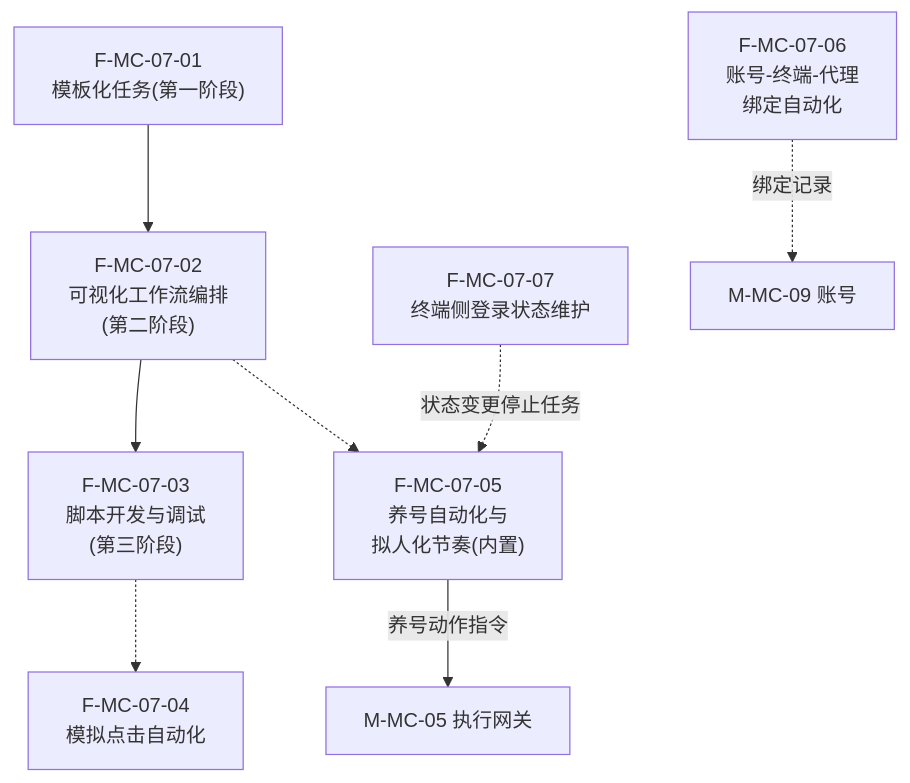
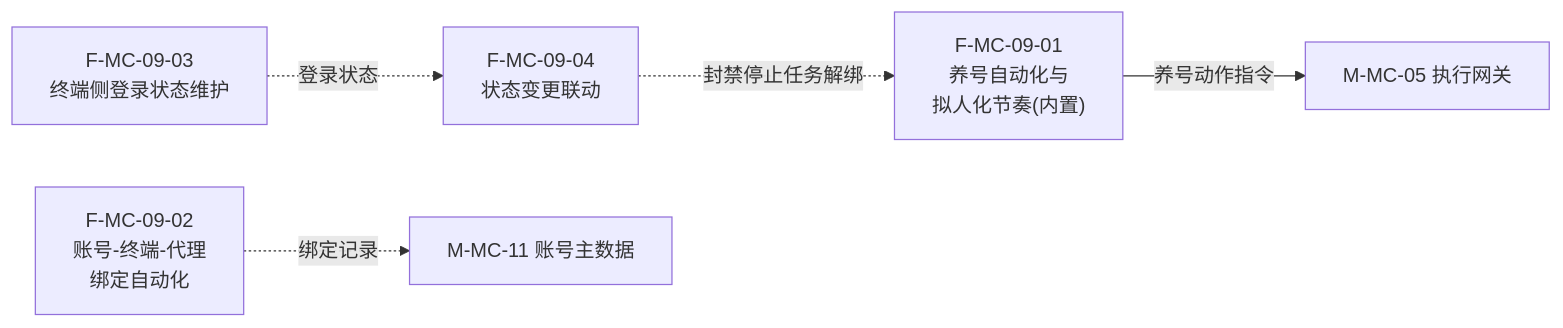
Before and after one commit to Sj-g/obsidian: diagram 16 of 49 in 公司项目/认知作战/文档/软件概要设计-架构图.md, drawn with Mermaid. The commit also changed other lines of this file, not shown here.

````diff
--- a/公司项目/认知作战/文档/软件概要设计-架构图.md
+++ b/公司项目/认知作战/文档/软件概要设计-架构图.md
@@ -299,17 +331,12 @@
 ```mermaid
-flowchart TB
-    F0701["F-MC-07-01<br/>模板化任务(第一阶段)"]
-    F0702["F-MC-07-02<br/>可视化工作流编排<br/>(第二阶段)"]
-    F0703["F-MC-07-03<br/>脚本开发与调试<br/>(第三阶段)"]
-    F0704["F-MC-07-04<br/>模拟点击自动化"]
-    F0705["F-MC-07-05<br/>养号自动化与<br/>拟人化节奏(内置)"]
-    F0706["F-MC-07-06<br/>账号-终端-代理<br/>绑定自动化"]
-    F0707["F-MC-07-07<br/>终端侧登录状态维护"]
+flowchart LR
+    F0901["F-MC-09-01<br/>养号自动化与<br/>拟人化节奏(内置)"]
+    F0902["F-MC-09-02<br/>账号-终端-代理<br/>绑定自动化"]
+    F0903["F-MC-09-03<br/>终端侧登录状态维护"]
+    F0904["F-MC-09-04<br/>状态变更联动"]
 
-    F0701 --> F0702 --> F0703
-    F0703 -.-> F0704
-    F0702 -.-> F0705
-    F0705 -->|"养号动作指令"| EXT["M-MC-05 执行网关"]
-    F0706 -.->|"绑定记录"| EXT2["M-MC-09 账号"]
-    F0707 -.->|"状态变更停止任务"| F0705
+    F0901 -->|"养号动作指令"| EXT["M-MC-05 执行网关"]
+    F0902 -.->|"绑定记录"| EXT2["M-MC-11 账号主数据"]
+    F0903 -.->|"登录状态"| F0904
+    F0904 -.->|"封禁停止任务解绑"| F0901
 ```
````
